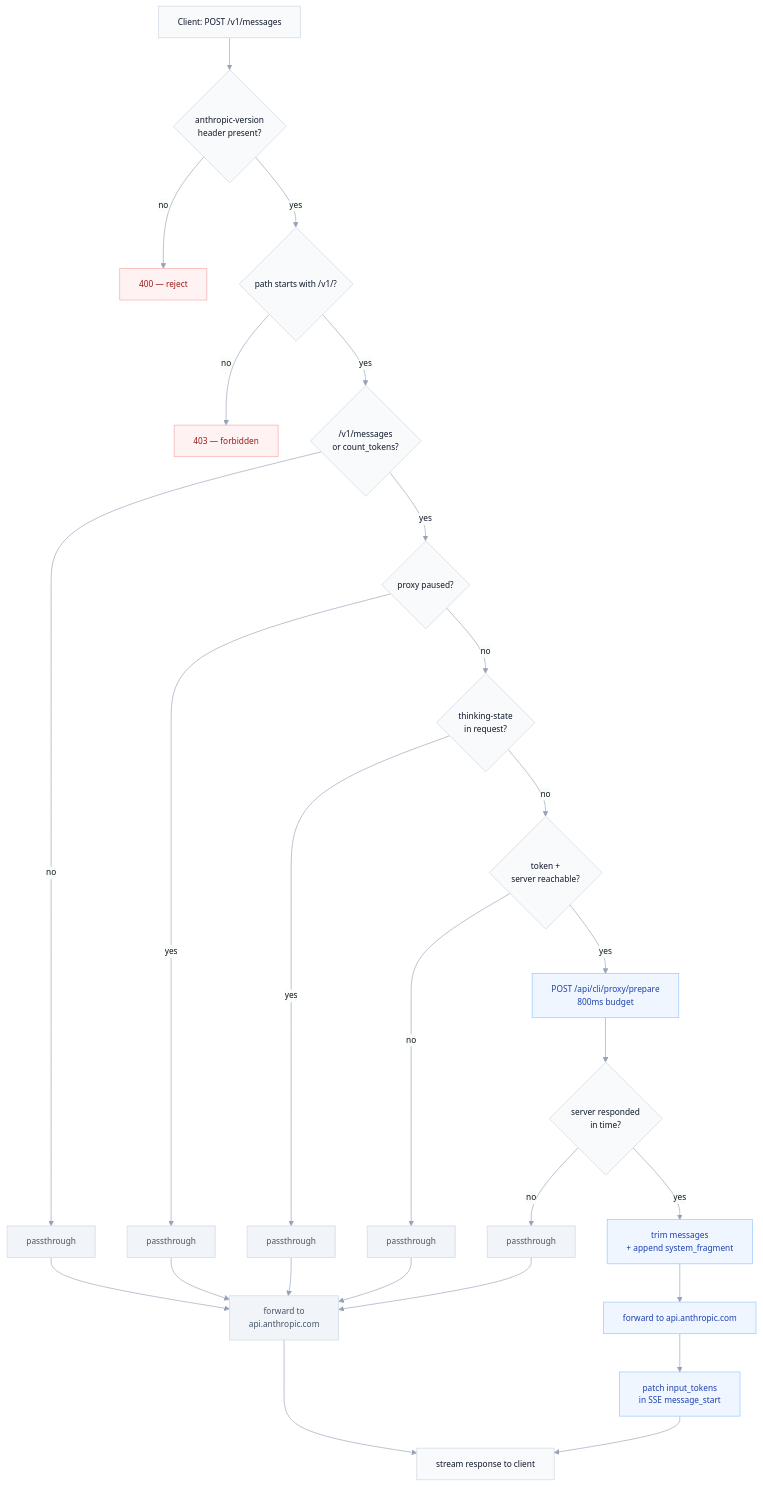
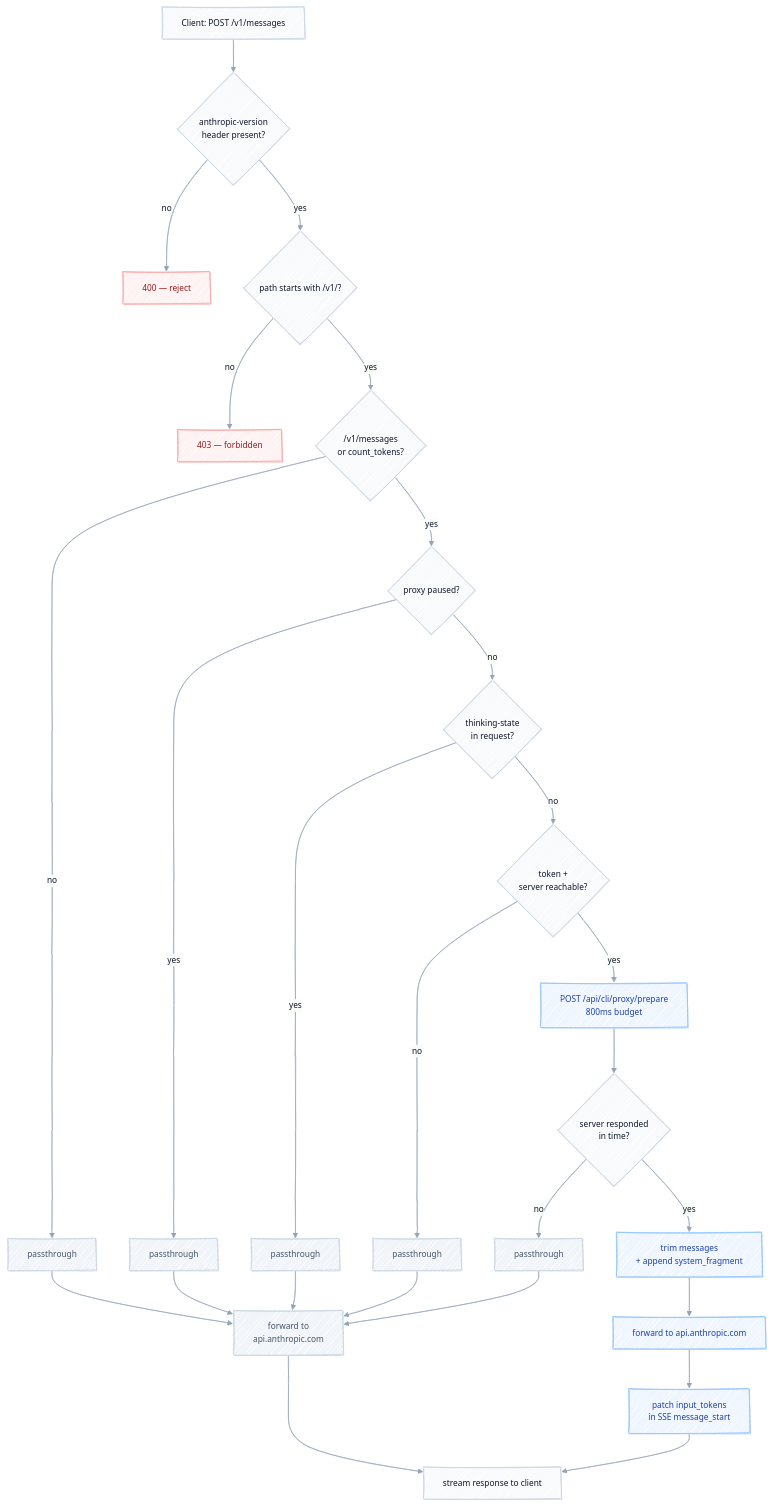
One commit to TwoErgoSum/Ergosum-Proxy changed the first of 4 diagrams in README.md. Above: the diagram before and after it, drawn with Mermaid. The commit also changed other lines of this file, not shown here.

Commit message:
Re-add hand-drawn look on top of minimal palette

````diff
--- a/README.md
+++ b/README.md
@@ -66,46 +66,47 @@
 ```mermaid
 ---
 config:
+  look: handDrawn
   theme: base
   themeVariables:
     primaryColor: "#f8fafc"
     primaryBorderColor: "#cbd5e1"
     primaryTextColor: "#0f172a"
     lineColor: "#94a3b8"
     fontFamily: "ui-sans-serif, system-ui, sans-serif"
     fontSize: "13px"
 ---
 flowchart TD
     A[Client: POST /v1/messages] --> B{anthropic-version<br/>header present?}
     B -->|no| X[400 — reject]
     B -->|yes| C{path starts with /v1/?}
     C -->|no| Y[403 — forbidden]
     C -->|yes| D{/v1/messages<br/>or count_tokens?}
     D -->|no| F1[passthrough]
     D -->|yes| E{proxy paused?}
     E -->|yes| F2[passthrough]
     E -->|no| G{thinking-state<br/>in request?}
     G -->|yes| F3[passthrough]
     G -->|no| H{token +<br/>server reachable?}
     H -->|no| F4[passthrough]
     H -->|yes| I[POST /api/cli/proxy/prepare<br/>800ms budget]
     I --> J{server responded<br/>in time?}
     J -->|no| F5[passthrough]
     J -->|yes| K[trim messages<br/>+ append system_fragment]
     K --> L[forward to api.anthropic.com]
     L --> M[patch input_tokens<br/>in SSE message_start]
     M --> N[stream response to client]
     F1 --> L0[forward to<br/>api.anthropic.com]
     F2 --> L0
     F3 --> L0
     F4 --> L0
     F5 --> L0
     L0 --> N
 
     classDef pass fill:#f1f5f9,stroke:#cbd5e1,color:#475569
     classDef reject fill:#fef2f2,stroke:#fca5a5,color:#991b1b
     classDef active fill:#eff6ff,stroke:#93c5fd,color:#1e40af
     class F1,F2,F3,F4,F5,L0 pass
     class X,Y reject
     class I,K,L,M active
 ```
````
